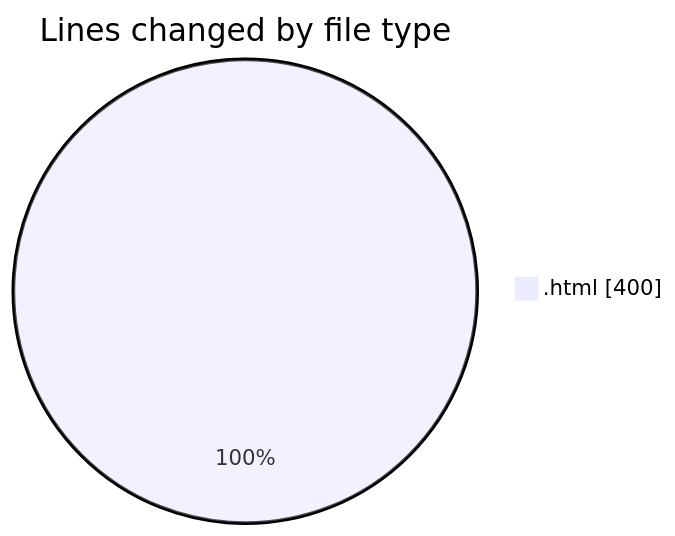
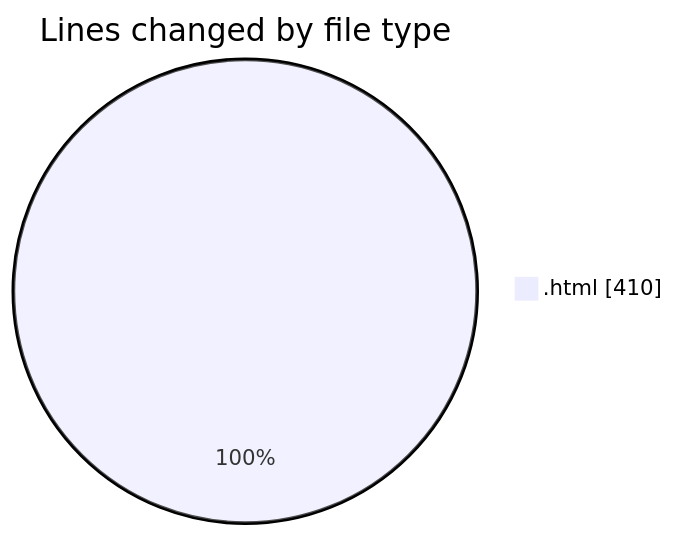
Before and after one commit to LanceThiago/code-tracking: the first of 2 diagrams in 2025-01-08/nueva_carpeta/README.md, drawn with Mermaid. The commit also changed other lines of this file and 1 other file, not shown here.

````diff
--- a/2025-01-08/nueva_carpeta/README.md
+++ b/2025-01-08/nueva_carpeta/README.md
@@ -20,5 +20,5 @@
 ```mermaid
 pie showData
 title Lines changed by file type
-".html" : 400
+".html" : 410
 ```
````
